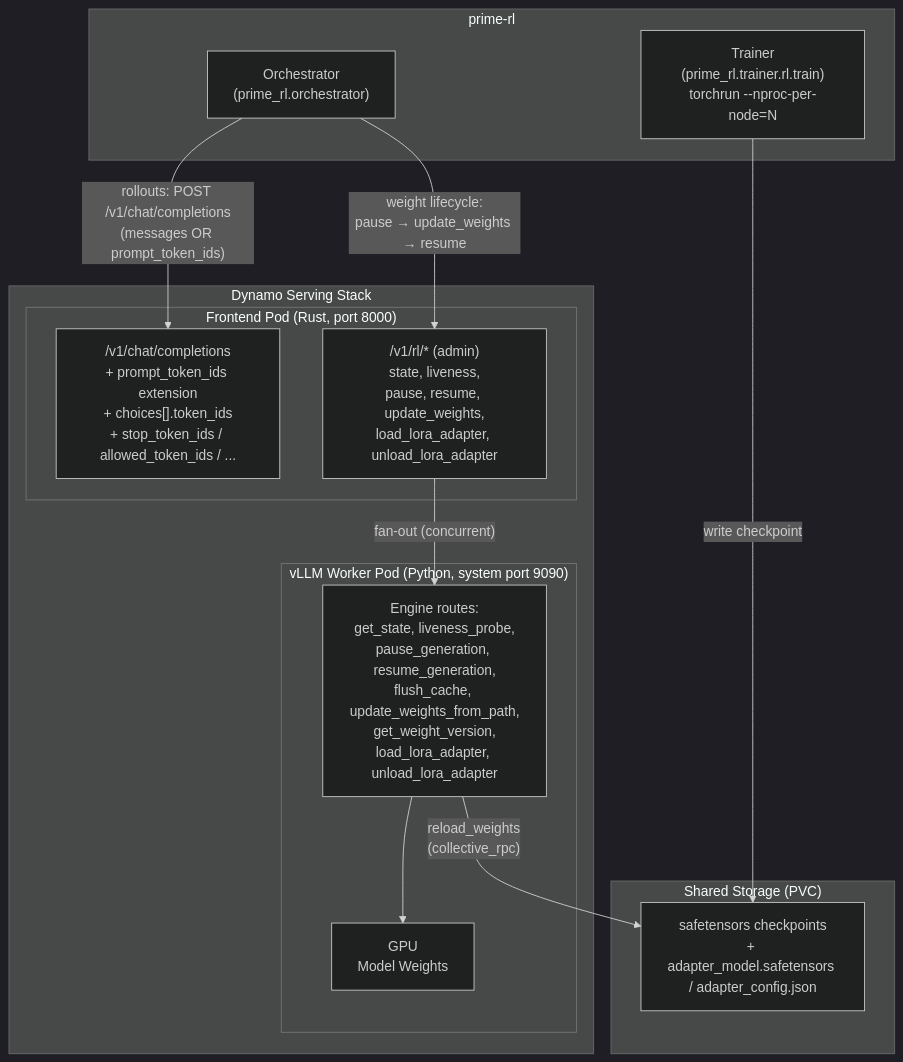
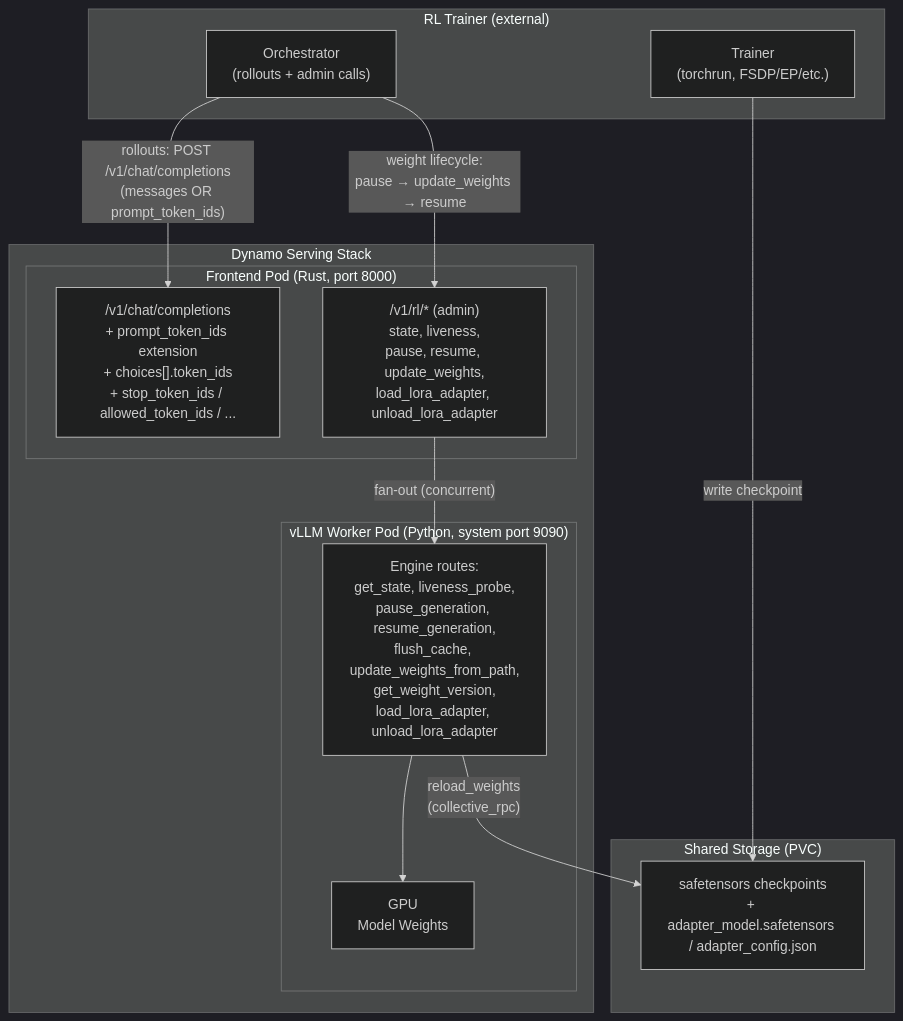
Before and after one commit to ai-dynamo/dynamo: the first of 4 diagrams in docs/dynamo-RL-api.md, drawn with Mermaid (dark theme). The commit also changed other lines of this file, not shown here.

````diff
--- a/docs/dynamo-RL-api.md
+++ b/docs/dynamo-RL-api.md
@@ -66,29 +63,29 @@
 ```mermaid
 flowchart TD
-    subgraph prime_rl["prime-rl"]
-        orch["Orchestrator<br/>(prime_rl.orchestrator)"]
-        trainer["Trainer<br/>(prime_rl.trainer.rl.train)<br/>torchrun --nproc-per-node=N"]
+    subgraph rl_client["RL Trainer (external)"]
+        orch["Orchestrator<br/>(rollouts + admin calls)"]
+        trainer["Trainer<br/>(torchrun, FSDP/EP/etc.)"]
     end
 
     subgraph dynamo["Dynamo Serving Stack"]
         subgraph frontend["Frontend Pod (Rust, port 8000)"]
             cc["/v1/chat/completions<br/>+ prompt_token_ids extension<br/>+ choices[].token_ids<br/>+ stop_token_ids / allowed_token_ids / ..."]
             rl["/v1/rl/* (admin)<br/>state, liveness,<br/>pause, resume, update_weights,<br/>load_lora_adapter, unload_lora_adapter"]
         end
         subgraph worker["vLLM Worker Pod (Python, system port 9090)"]
             eng["Engine routes:<br/>get_state, liveness_probe,<br/>pause_generation, resume_generation,<br/>flush_cache, update_weights_from_path,<br/>get_weight_version,<br/>load_lora_adapter, unload_lora_adapter"]
             gpu["GPU<br/>Model Weights"]
         end
     end
 
     subgraph storage["Shared Storage (PVC)"]
         pvc["safetensors checkpoints<br/>+ adapter_model.safetensors / adapter_config.json"]
     end
 
     orch -- "rollouts: POST /v1/chat/completions<br/>(messages OR prompt_token_ids)" --> cc
     orch -- "weight lifecycle:<br/>pause → update_weights → resume" --> rl
     rl -- "fan-out (concurrent)" --> eng
     eng --> gpu
     trainer -- "write checkpoint" --> pvc
     eng -- "reload_weights<br/>(collective_rpc)" --> pvc
 ```
````
